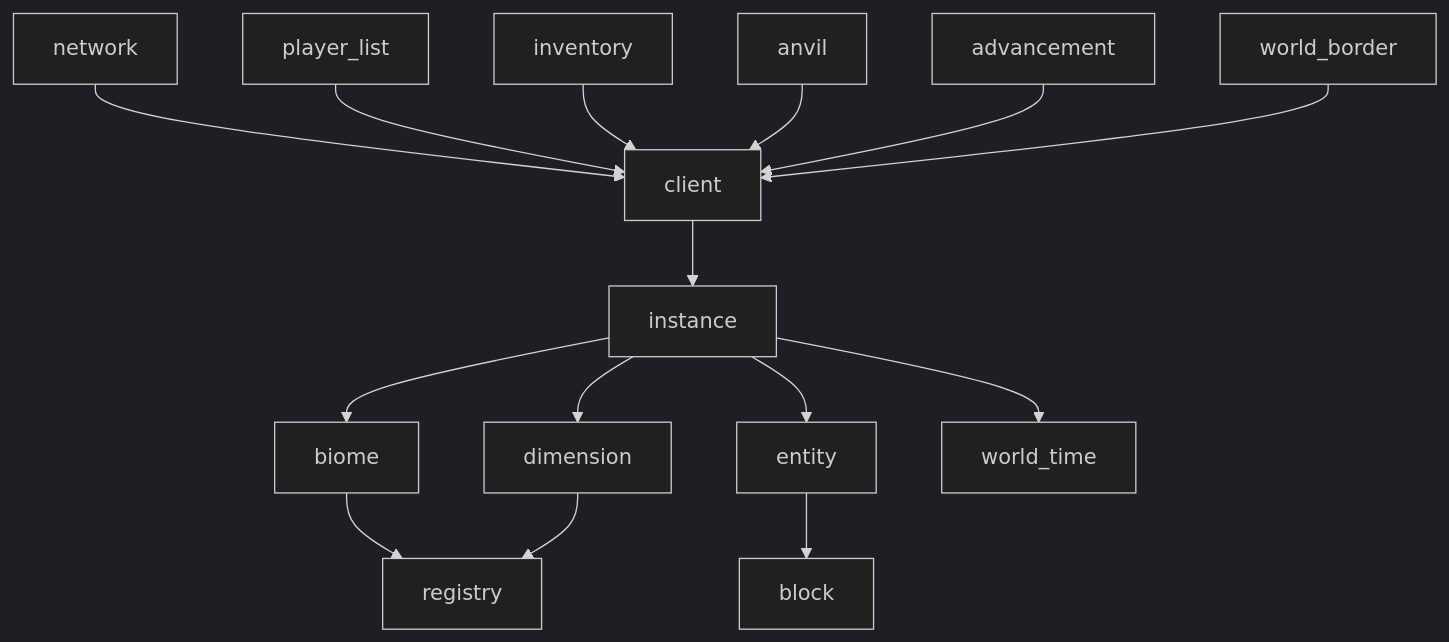
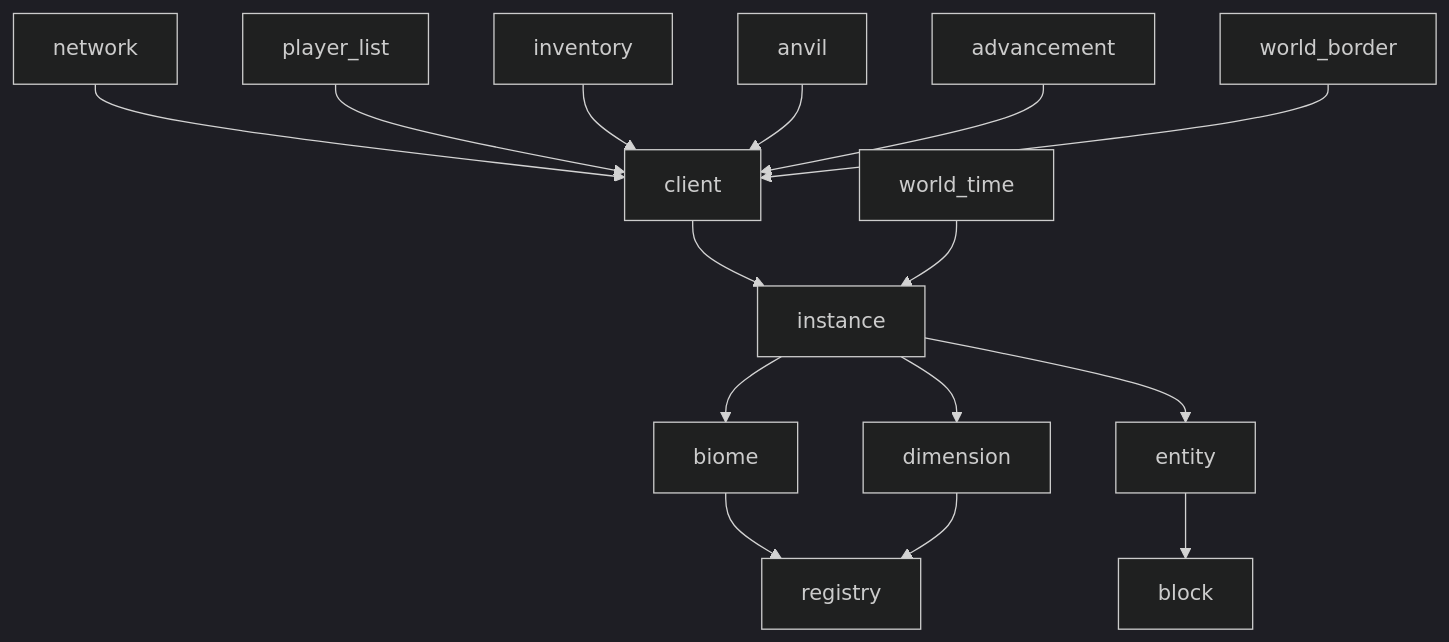
One commit to valence-rs/valence changed the diagram in crates/README.md. Above: the diagram before and after it, drawn with Mermaid (dark theme). The commit also changed 8 other files, not shown here.

Commit message:
Change documentation again WorldTime day and time getter will no longer produce negative values

````diff
--- a/crates/README.md
+++ b/crates/README.md
@@ -11,17 +11,17 @@
 ```mermaid
 graph TD
   	network --> client
 	client --> instance
 	biome --> registry
 	dimension --> registry
 	instance --> biome
 	instance --> dimension
 	instance --> entity
-	instance --> world_time
+	world_time --> instance
 	player_list --> client
 	inventory --> client
 	anvil --> client
 	entity --> block
 	advancement --> client
 	world_border --> client
 ```
````
